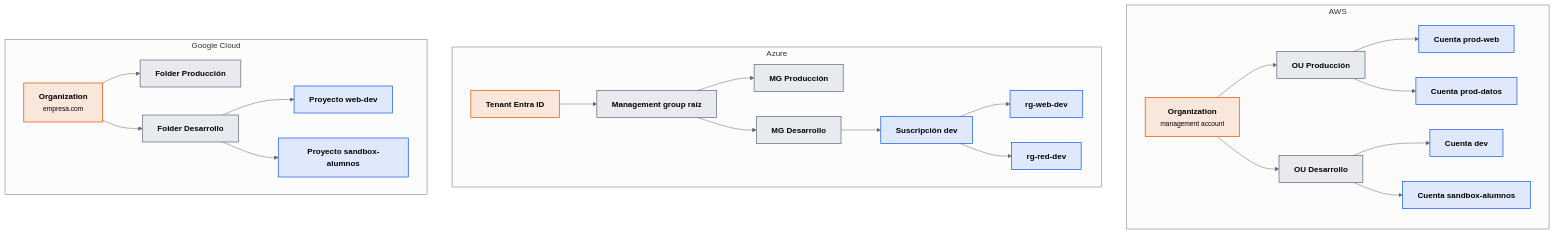
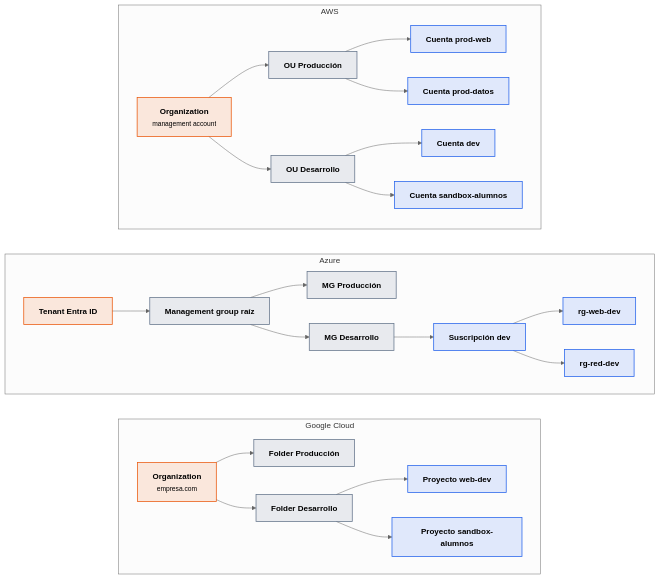
One commit to victor-educ/apuntes-5166 changed the fourth of 5 diagrams in docs/ut/ut4-nube-publica.md. Above: the diagram before and after it, drawn with Mermaid (neutral theme). The commit also changed other lines of this file and 15 other files, not shown here.

````diff
--- a/docs/ut/ut4-nube-publica.md
+++ b/docs/ut/ut4-nube-publica.md
@@ -267,41 +275,42 @@
 ```mermaid
 flowchart TD
     subgraph AWS["AWS"]
         ORG["<b>Organization</b><br><small>management account</small>"]:::act
         OU1["<b>OU Producción</b>"]:::pieza
         OU2["<b>OU Desarrollo</b>"]:::pieza
         C1["<b>Cuenta prod-web</b>"]:::dato
         C2["<b>Cuenta prod-datos</b>"]:::dato
         C3["<b>Cuenta dev</b>"]:::dato
         C4["<b>Cuenta sandbox-alumnos</b>"]:::dato
         ORG --> OU1 & OU2
         OU1 --> C1 & C2
         OU2 --> C3 & C4
     end
     subgraph AZ["Azure"]
         TEN["<b>Tenant Entra ID</b>"]:::act
         MG["<b>Management group raíz</b>"]:::pieza
         MG1["<b>MG Producción</b>"]:::pieza
         MG2["<b>MG Desarrollo</b>"]:::pieza
         SUB["<b>Suscripción dev</b>"]:::dato
         RG1["<b>rg-web-dev</b>"]:::dato
         RG2["<b>rg-red-dev</b>"]:::dato
         TEN --> MG --> MG1 & MG2
         MG2 --> SUB --> RG1 & RG2
     end
     subgraph GCP["Google Cloud"]
         GORG["<b>Organization</b><br><small>empresa.com</small>"]:::act
         F1["<b>Folder Producción</b>"]:::pieza
         F2["<b>Folder Desarrollo</b>"]:::pieza
         P1["<b>Proyecto web-dev</b>"]:::dato
         P2["<b>Proyecto sandbox-alumnos</b>"]:::dato
         GORG --> F1 & F2
         F2 --> P1 & P2
     end
+    AWS ~~~ AZ ~~~ GCP
     classDef act fill:#ea580c22,stroke:#ea580c,stroke-width:1.5px
     classDef pieza fill:#64748b22,stroke:#64748b,stroke-width:1.5px
     classDef dato fill:#2563eb22,stroke:#2563eb,stroke-width:1.5px
     classDef infra fill:#a1a1aa14,stroke:#a1a1aa,stroke-width:1.5px
     classDef ok fill:#16a34a22,stroke:#16a34a,stroke-width:1.5px
     classDef riesgo fill:#dc262622,stroke:#dc2626,stroke-width:1.5px
 ```
````
